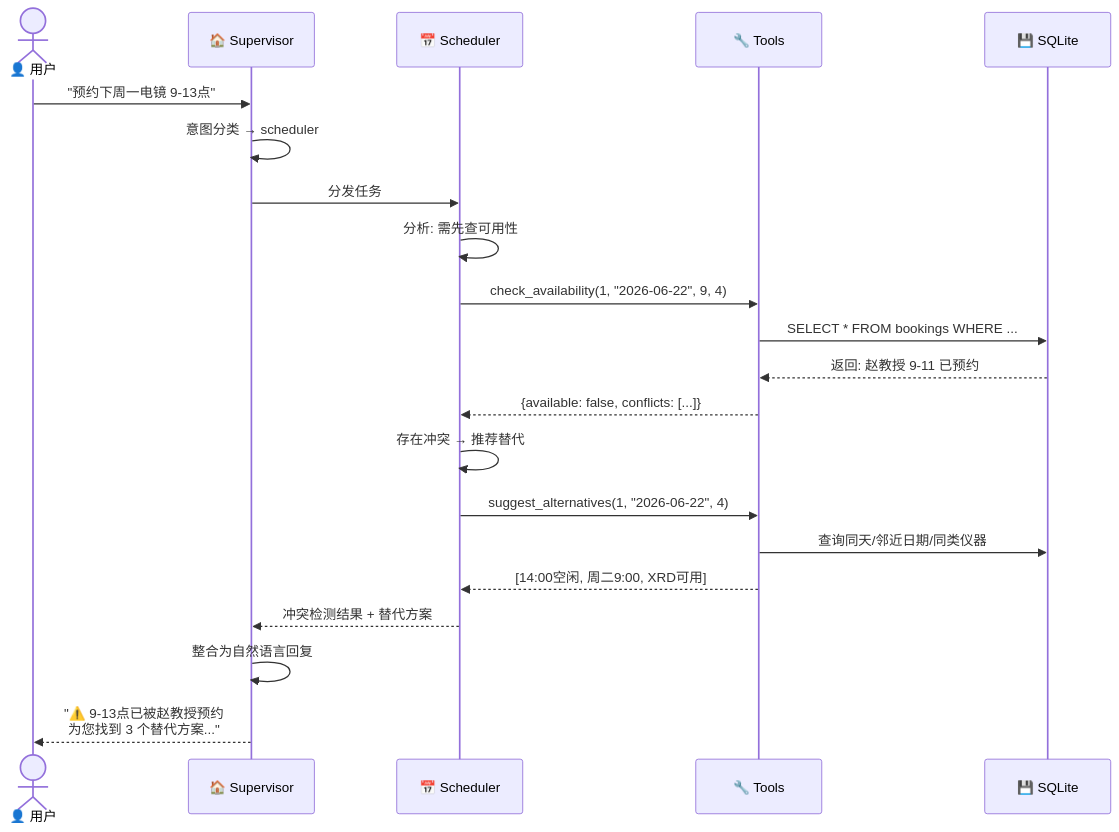
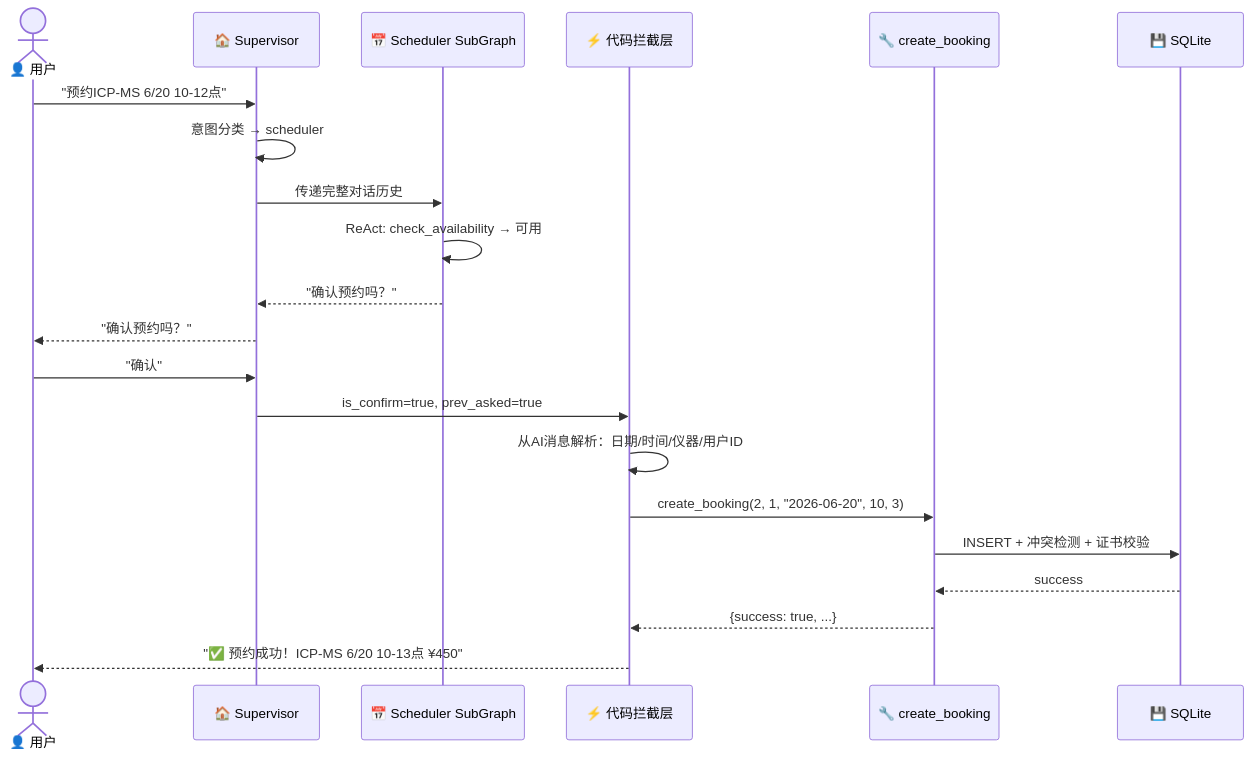
One commit to nanamili/cs599-project changed the third of 5 diagrams in docs/CS599_大作业报告.md. Above: the diagram before and after it, drawn with Mermaid. The commit also changed other lines of this file, not shown here.

Commit message:
Update all 4 architecture diagrams to v3 multi-subgraph

````diff
--- a/docs/CS599_大作业报告.md
+++ b/docs/CS599_大作业报告.md
@@ -233,24 +254,25 @@
 ```mermaid
 sequenceDiagram
     actor User as 👤 用户
     participant Sup as 🏠 Supervisor
-    participant Sch as 📅 Scheduler
-    participant Tool as 🔧 Tools
+    participant Sch as 📅 Scheduler SubGraph
+    participant Code as ⚡ 代码拦截层
+    participant Tool as 🔧 create_booking
     participant DB as 💾 SQLite
 
-    User->>Sup: "预约下周一电镜 9-13点"
+    User->>Sup: "预约ICP-MS 6/20 10-12点"
     Sup->>Sup: 意图分类 → scheduler
-    Sup->>Sch: 分发任务
-    Sch->>Sch: 分析: 需先查可用性
-    Sch->>Tool: check_availability(1, "2026-06-22", 9, 4)
-    Tool->>DB: SELECT * FROM bookings WHERE ...
-    DB-->>Tool: 返回: 赵教授 9-11 已预约
-    Tool-->>Sch: {available: false, conflicts: [...]}
-    Sch->>Sch: 存在冲突 → 推荐替代
-    Sch->>Tool: suggest_alternatives(1, "2026-06-22", 4)
-    Tool->>DB: 查询同天/邻近日期/同类仪器
-    Tool-->>Sch: [14:00空闲, 周二9:00, XRD可用]
-    Sch-->>Sup: 冲突检测结果 + 替代方案
-    Sup->>Sup: 整合为自然语言回复
-    Sup-->>User: "⚠️ 9-13点已被赵教授预约<br/>为您找到 3 个替代方案..."
+    Sup->>Sch: 传递完整对话历史
+    Sch->>Sch: ReAct: check_availability → 可用
+    Sch-->>Sup: "确认预约吗？"
+    Sup-->>User: "确认预约吗？"
+
+    User->>Sup: "确认"
+    Sup->>Code: is_confirm=true, prev_asked=true
+    Code->>Code: 从AI消息解析：日期/时间/仪器/用户ID
+    Code->>Tool: create_booking(2, 1, "2026-06-20", 10, 3)
+    Tool->>DB: INSERT + 冲突检测 + 证书校验
+    DB-->>Tool: success
+    Tool-->>Code: {success: true, ...}
+    Code-->>User: "✅ 预约成功！ICP-MS 6/20 10-13点 ¥450"
 ```
````
